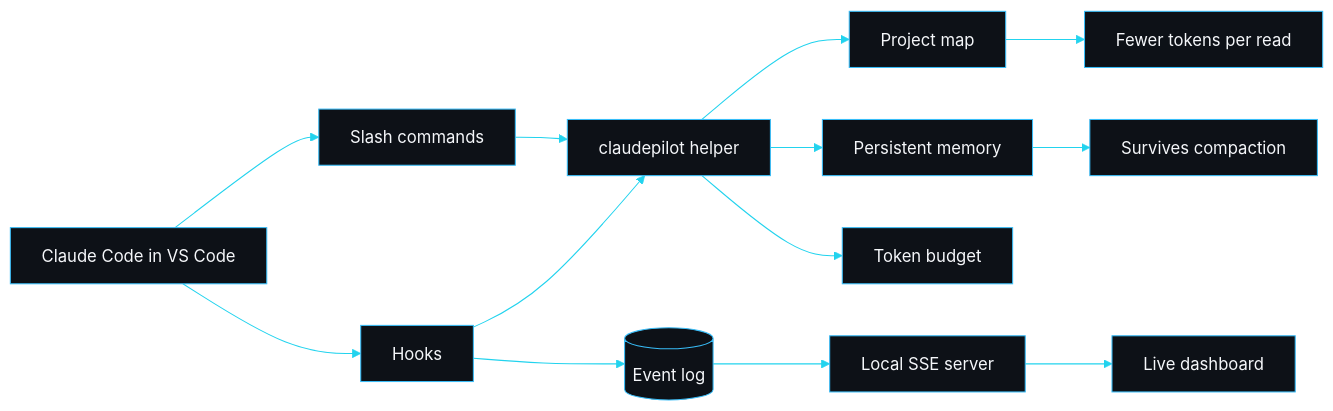
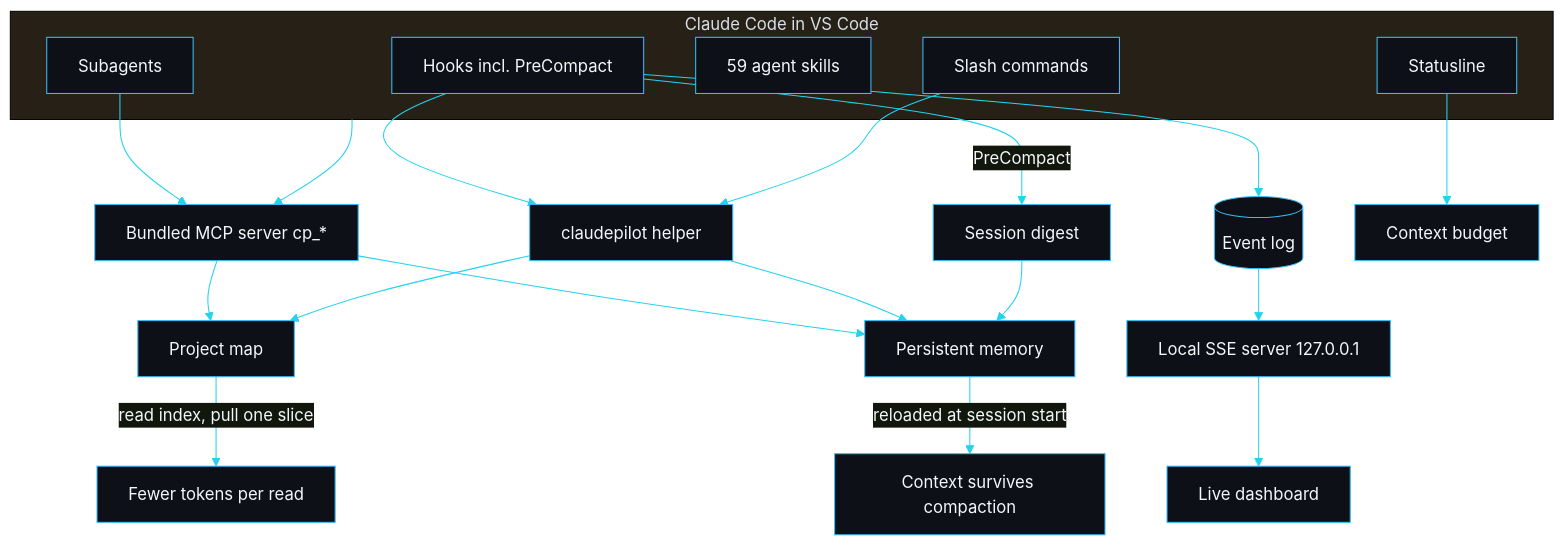
Before and after one commit to sarmakska/slipstream: the diagram in wiki/Home.md, drawn with Mermaid. The commit also changed other lines of this file and 25 other files, not shown here.

````diff
--- a/wiki/Home.md
+++ b/wiki/Home.md
@@ -9,16 +16,27 @@
 ```mermaid
 %%{init: {'theme':'base','themeVariables':{'primaryColor':'#0d1117','primaryTextColor':'#f5f7fa','primaryBorderColor':'#38bdf8','lineColor':'#22d3ee','fontFamily':'monospace'}}}%%
-flowchart LR
-  CC[Claude Code in VS Code] --> Hooks[Hooks]
-  CC --> Cmds[Slash commands]
+flowchart TD
+  subgraph CC[Claude Code in VS Code]
+    Hooks[Hooks incl. PreCompact]
+    Cmds[Slash commands]
+    Skills[59 agent skills]
+    Agents[Subagents]
+    SL[Statusline]
+  end
+  CC --> MCP[Bundled MCP server cp_*]
   Hooks --> Helper[claudepilot helper]
   Cmds --> Helper
-  Helper --> Map[Project map]
-  Helper --> Mem[Persistent memory]
-  Helper --> Budget[Token budget]
+  Agents --> MCP
+  MCP --> Map[Project map]
+  Helper --> Map
+  MCP --> Mem[Persistent memory]
+  Helper --> Mem
+  Hooks -->|PreCompact| Digest[Session digest]
+  Digest --> Mem
   Hooks --> Log[(Event log)]
-  Log --> Server[Local SSE server]
+  Log --> Server[Local SSE server 127.0.0.1]
   Server --> UI[Live dashboard]
-  Map --> Tokens[Fewer tokens per read]
-  Mem --> Survive[Survives compaction]
+  SL --> Budget[Context budget]
+  Map -->|read index, pull one slice| Tokens[Fewer tokens per read]
+  Mem -->|reloaded at session start| Survive[Context survives compaction]
 ```
````
